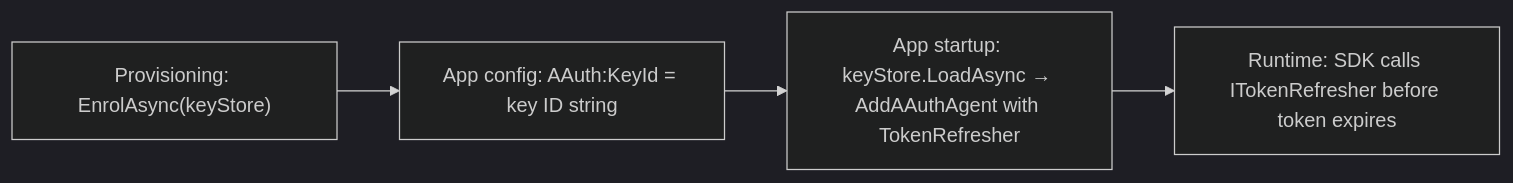
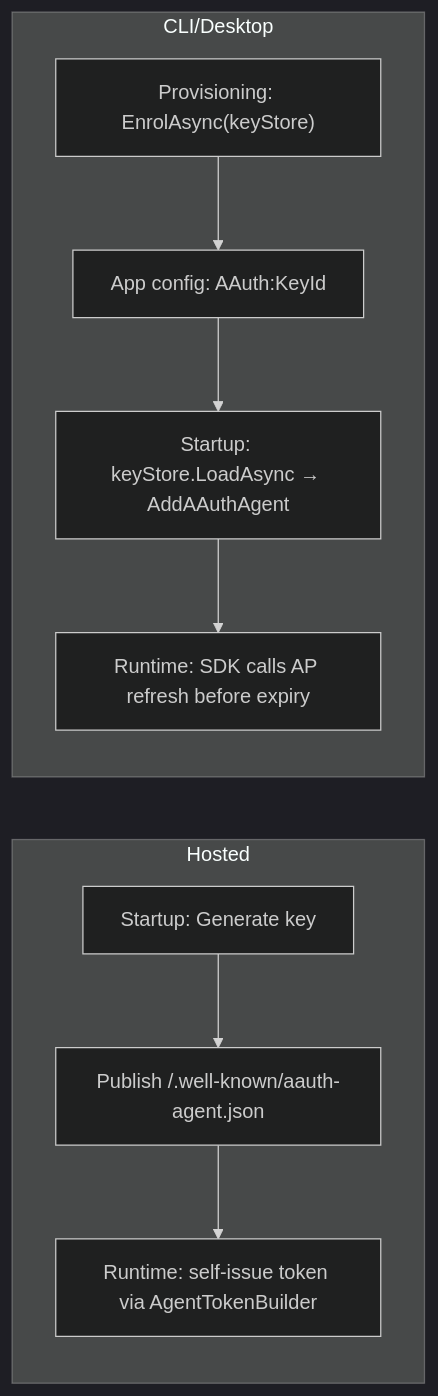
One commit to aauth-dev/dotnet-samples changed the diagram in docs/reference/dependency-injection.md. Above: the diagram before and after it, drawn with Mermaid (dark theme). The commit also changed other lines of this file and 2 other files, not shown here.

````diff
--- a/docs/reference/dependency-injection.md
+++ b/docs/reference/dependency-injection.md
@@ -11,6 +14,12 @@
 ```mermaid
 flowchart LR
-    P["Provisioning: EnrolAsync(keyStore)"] --> C["App config: AAuth:KeyId = key ID string"]
-    C --> S["App startup: keyStore.LoadAsync → AddAAuthAgent with TokenRefresher"]
-    S --> R["Runtime: SDK calls ITokenRefresher before token expires"]
+    subgraph Hosted
+        H1["Startup: Generate key"] --> H2["Publish /.well-known/aauth-agent.json"]
+        H2 --> H3["Runtime: self-issue token via AgentTokenBuilder"]
+    end
+    subgraph CLI/Desktop
+        P["Provisioning: EnrolAsync(keyStore)"] --> C["App config: AAuth:KeyId"]
+        C --> S["Startup: keyStore.LoadAsync → AddAAuthAgent"]
+        S --> R["Runtime: SDK calls AP refresh before expiry"]
+    end
 ```
````
